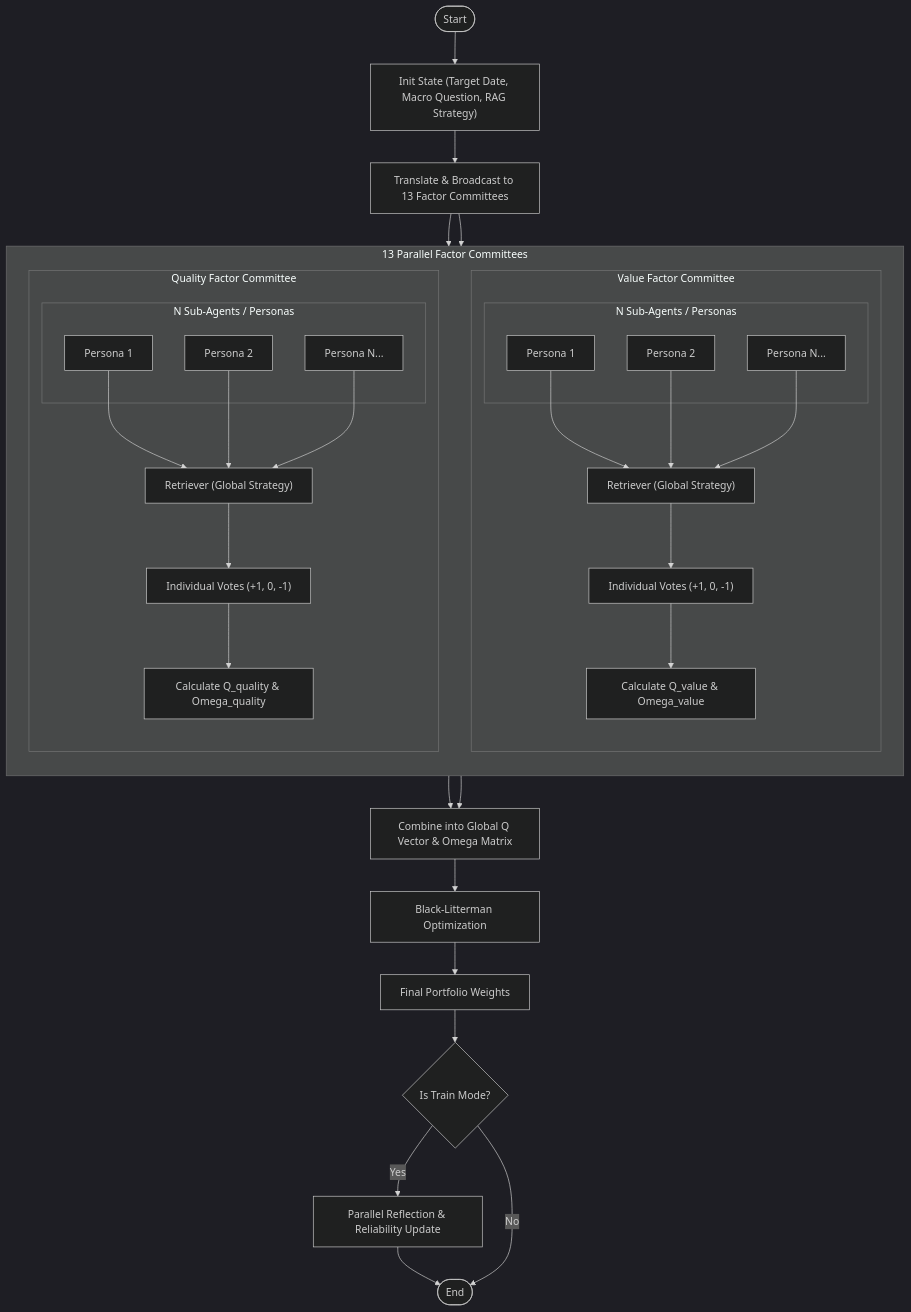
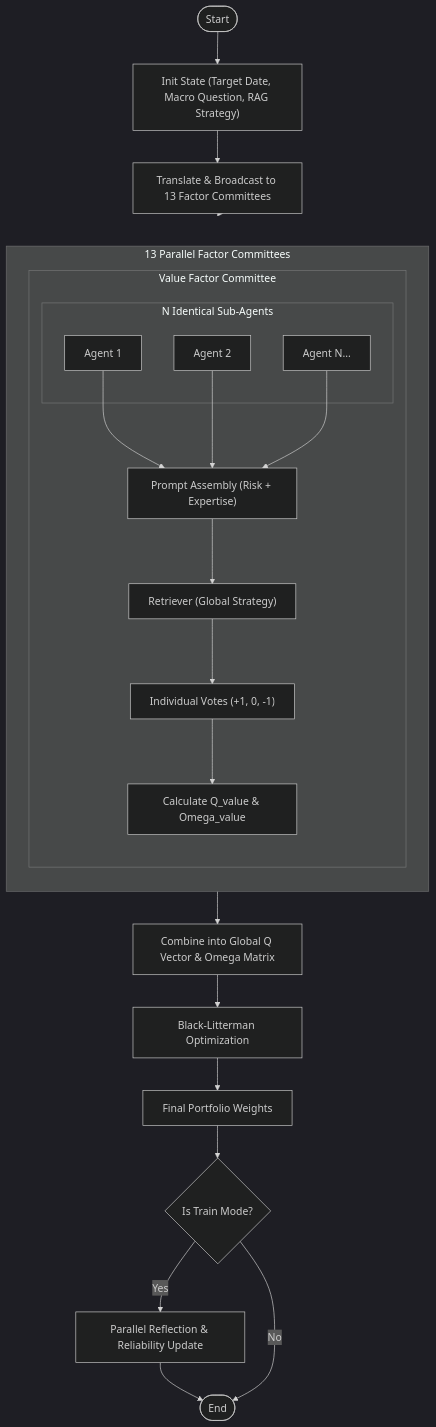
The diagram in docs/plans/architecture.md (jaepil-choi/finmem-agent), drawn with Mermaid (dark theme) before and after one commit. The commit also changed other lines of this file and 14 other files, not shown here.

````diff
--- a/docs/plans/architecture.md
+++ b/docs/plans/architecture.md
@@ -47,53 +53,39 @@
 ```mermaid
 flowchart TD
     Start([Start]) --> Init["Init State (Target Date, Macro Question, RAG Strategy)"]
     Init --> Broadcast["Translate & Broadcast to 13 Factor Committees"]
 
     subgraph FactorCommittees [13 Parallel Factor Committees]
         direction TB
         
         subgraph ValueCommittee [Value Factor Committee]
             direction TB
-            subgraph ValueAgents [N Sub-Agents / Personas]
-                V_P1[Persona 1]
-                V_P2[Persona 2]
-                V_PN[Persona N...]
+            subgraph ValueAgents [N Identical Sub-Agents]
+                V1[Agent 1]
+                V2[Agent 2]
+                VN[Agent N...]
             end
             
-            Retriever1["Retriever (Global Strategy)"]
+            Retriever["Retriever (Global Strategy)"]
+            PromptBuilder["Prompt Assembly (Risk + Expertise)"]
             
-            V_P1 & V_P2 & V_PN --> Retriever1
-            Retriever1 --> Vote1["Individual Votes (+1, 0, -1)"]
-            Vote1 --> Agg1["Calculate Q_value & Omega_value"]
+            V1 & V2 & VN --> PromptBuilder
+            PromptBuilder --> Retriever
+            Retriever --> Vote["Individual Votes (+1, 0, -1)"]
+            Vote --> Agg["Calculate Q_value & Omega_value"]
         end
 
-        subgraph QualityCommittee [Quality Factor Committee]
-            direction TB
-            subgraph QualityAgents [N Sub-Agents / Personas]
-                Q_P1[Persona 1]
-                Q_P2[Persona 2]
-                Q_PN[Persona N...]
-            end
-            
-            Retriever2["Retriever (Global Strategy)"]
-            
-            Q_P1 & Q_P2 & Q_PN --> Retriever2
-            Retriever2 --> Vote2["Individual Votes (+1, 0, -1)"]
-            Vote2 --> Agg2["Calculate Q_quality & Omega_quality"]
-        end
-        
-        %% ... other 11 committees ...
+        %% ... other 12 committees ...
     end
 
     Broadcast --> ValueCommittee
-    Broadcast --> QualityCommittee
     
-    Agg1 & Agg2 --> GlobalAgg["Combine into Global Q Vector & Omega Matrix"]
+    Agg --> GlobalAgg["Combine into Global Q Vector & Omega Matrix"]
     GlobalAgg --> Optimize["Black-Litterman Optimization"]
     Optimize --> Output[Final Portfolio Weights]
     
     Output --> IsTrain{Is Train Mode?}
     IsTrain -->|"Yes"| Reflect["Parallel Reflection & Reliability Update"]
     Reflect --> End([End])
     IsTrain -->|"No"| End
 ```
````
